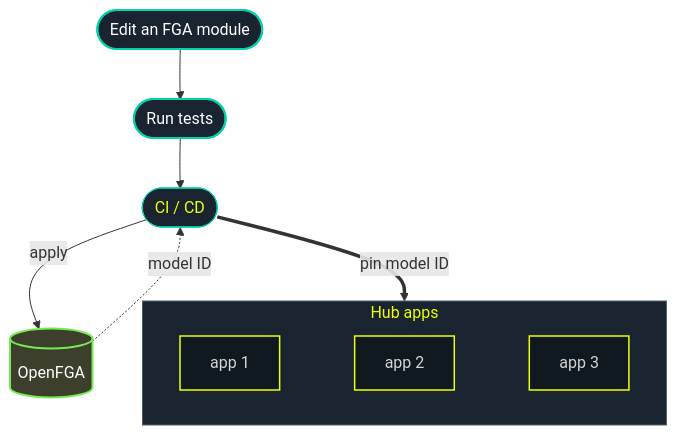
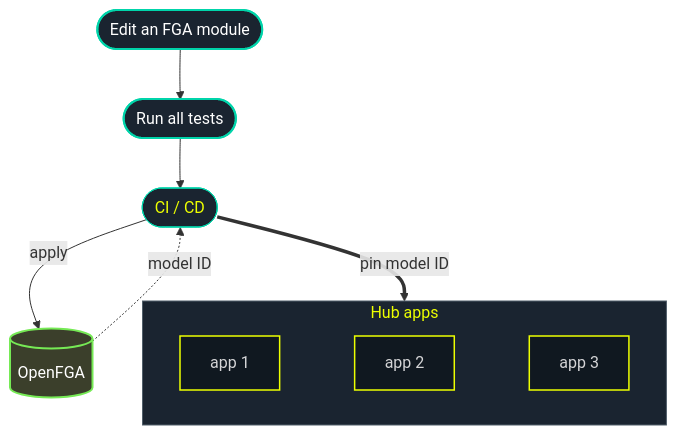
The seventh of 8 diagrams in slides.md (leahein/fga-talk), drawn with Mermaid before and after one commit. The commit also changed other lines of this file and 1 other file, not shown here.

````diff
--- a/slides.md
+++ b/slides.md
@@ -524,23 +524,23 @@
 ```mermaid
 flowchart TB
-    Edit(["Edit an FGA module"]) --> Test(["Run tests"]) --> CICD(["CI / CD"])
+    Edit(["Edit an FGA module"]) --> Test(["Run all tests"]) --> CICD(["CI / CD"])
 
     CICD -- "apply" --> FGA[("OpenFGA")]
     FGA -. "model ID" .-> CICD
     CICD == "pin model ID" ==> Apps
 
     subgraph Apps ["Hub apps"]
         direction LR
         App1["app 1"] ~~~ App2["app 2"] ~~~ App3["app 3"]
     end
 
     classDef step fill:#1a2430,stroke:#00d4aa,stroke-width:2px,color:#ffffff;
     classDef store fill:#3b3f2b,stroke:#76ea55,stroke-width:2px,color:#ffffff;
     classDef app fill:#101820,stroke:#edff00,stroke-width:1.5px,color:#d5d5d7;
 
     class Edit,Test step;
     class FGA store;
     class App1,App2,App3 app;
     style CICD fill:#1a2430,stroke:#00d4aa,stroke-width:1px,color:#edff00;
     style Apps fill:#1a2430,stroke:#515f6a,stroke-width:1px,color:#edff00;
 ```
````
